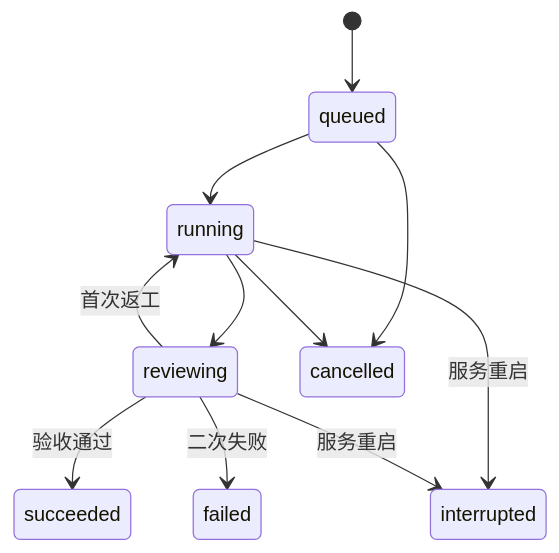
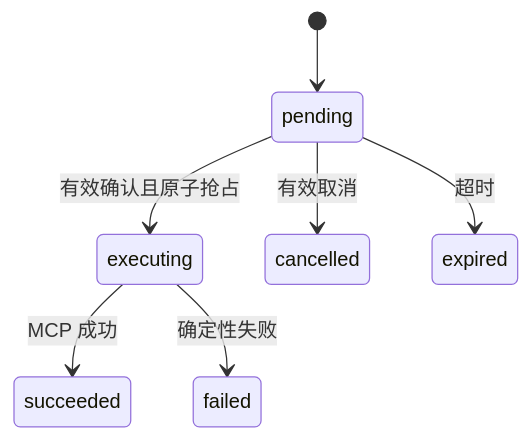
The third of 4 diagrams in docs/design.md (tamakara/mind-agent), drawn with Mermaid before and after one commit. The commit also changed other lines of this file and 4 other files, not shown here.

````diff
--- a/docs/design.md
+++ b/docs/design.md
@@ -263,13 +217,9 @@
 ```mermaid
 stateDiagram-v2
-    [*] --> queued
-    queued --> running
-    running --> reviewing
-    reviewing --> succeeded: 验收通过
-    reviewing --> running: 首次返工
-    reviewing --> failed: 二次失败
-    queued --> cancelled
-    running --> cancelled
-    running --> interrupted: 服务重启
-    reviewing --> interrupted: 服务重启
+    [*] --> pending
+    pending --> executing: 有效确认且原子抢占
+    pending --> cancelled: 有效取消
+    pending --> expired: 超时
+    executing --> succeeded: MCP 成功
+    executing --> failed: 确定性失败
 ```
````
